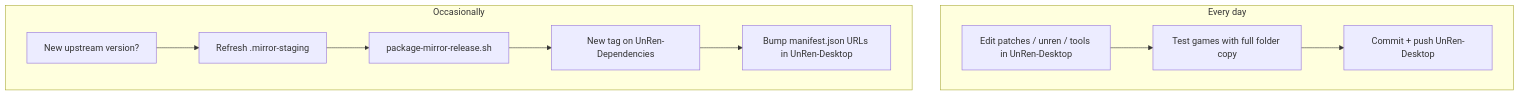
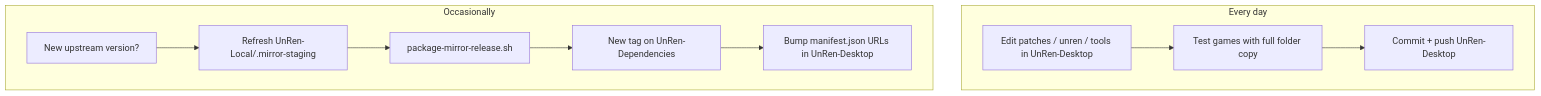
One commit to zujik/UnRen-Desktop changed the diagram in docs/MIRROR_SETUP.md. Above: the diagram before and after it, drawn with Mermaid. The commit also changed other lines of this file and 11 other files, not shown here.

First line of the commit message:
Consolidate local maintainer paths under ../UnRen-Local.

````diff
--- a/docs/MIRROR_SETUP.md
+++ b/docs/MIRROR_SETUP.md
@@ -209,17 +211,17 @@
 ```mermaid
 flowchart TD
   subgraph daily [Every day]
     A[Edit patches / unren / tools in UnRen-Desktop]
     B[Test games with full folder copy]
     C[Commit + push UnRen-Desktop]
   end
   subgraph occasional [Occasionally]
     D[New upstream version?]
-    E[Refresh .mirror-staging]
+    E[Refresh UnRen-Local/.mirror-staging]
     F[package-mirror-release.sh]
     G[New tag on UnRen-Dependencies]
     H[Bump manifest.json URLs in UnRen-Desktop]
   end
   A --> B --> C
   D --> E --> F --> G --> H
 ```
````
